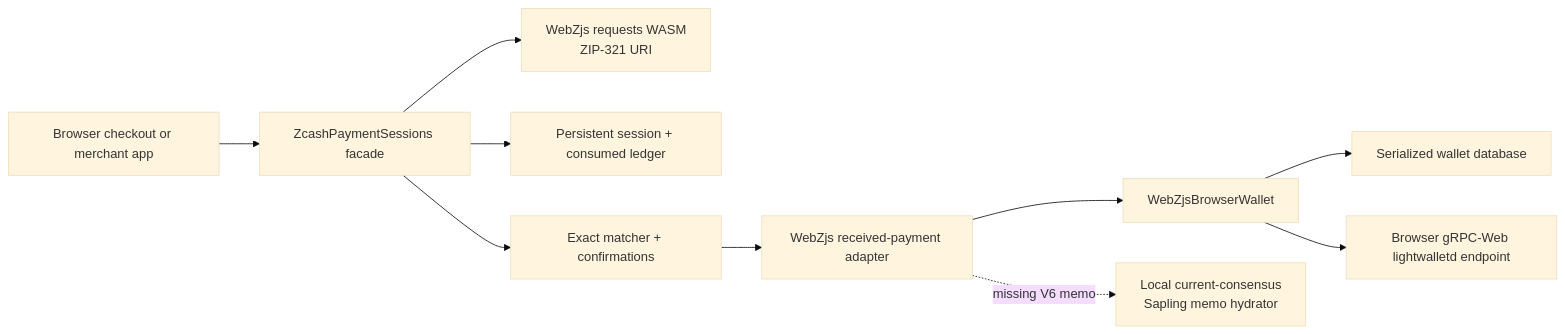
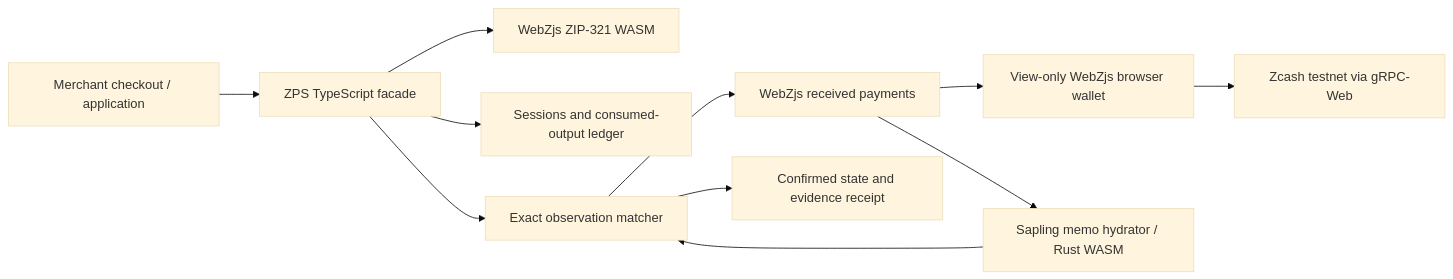
Before and after one commit to Iniwura/zcash-payment-sessions: the diagram in README.md, drawn with Mermaid (base theme). The commit also changed other lines of this file, not shown here.

Commit message:
docs: rebuild ZECATHON README around SDK value, reproducible evidence, architecture and honest limits

````diff
--- a/README.md
+++ b/README.md
@@ -59,12 +157,13 @@
 ```mermaid
 flowchart LR
-  App[Browser checkout or merchant app] --> SDK[ZcashPaymentSessions facade]
-  SDK --> ZIP[WebZjs requests WASM\nZIP-321 URI]
-  SDK --> Store[Persistent session + consumed ledger]
-  SDK --> Monitor[Exact matcher + confirmations]
-  Monitor --> Source[WebZjs received-payment adapter]
-  Source --> Wallet[WebZjsBrowserWallet]
-  Wallet --> DB[Serialized wallet database]
-  Wallet --> Transport[Browser gRPC-Web lightwalletd endpoint]
-  Source -. missing V6 memo .-> Hydrator[Local current-consensus\nSapling memo hydrator]
+  UI["Merchant checkout / application"] --> SDK["ZPS TypeScript facade"]
+  SDK --> REQUEST["WebZjs ZIP-321 WASM"]
+  SDK --> STORE["Sessions and consumed-output ledger"]
+  SDK --> MON["Exact observation matcher"]
+  MON --> SOURCE["WebZjs received payments"]
+  SOURCE --> VIEW["View-only WebZjs browser wallet"]
+  VIEW --> RPC["Zcash testnet via gRPC-Web"]
+  SOURCE --> HYD["Sapling memo hydrator / Rust WASM"]
+  HYD --> MON
+  MON --> STATE["Confirmed state and evidence receipt"]
 ```
````
